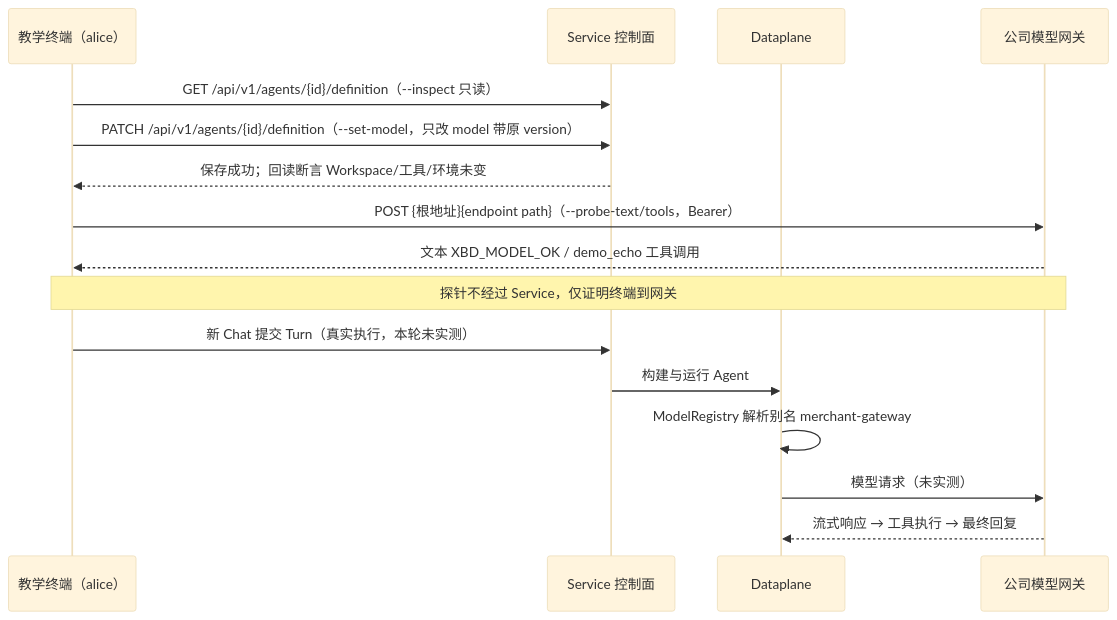
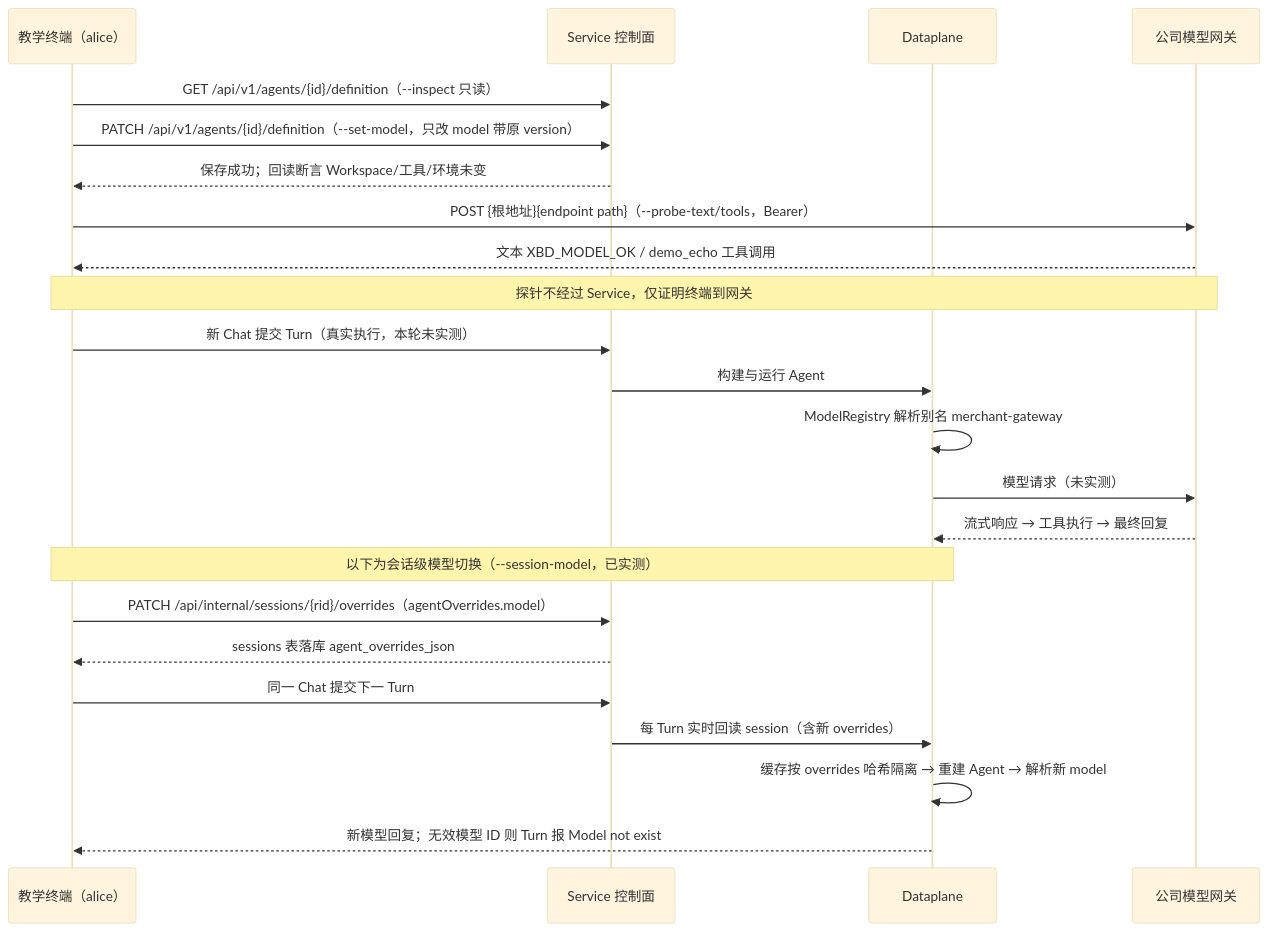
The diagram in demo/cross-border-commerce/steps/step-13-model-channel.md (ybak/agentscope-2.0-tutorial), drawn with Mermaid (base theme) before and after one commit. The commit also changed other lines of this file and 4 other files, not shown here.

````diff
--- a/demo/cross-border-commerce/steps/step-13-model-channel.md
+++ b/demo/cross-border-commerce/steps/step-13-model-channel.md
@@ -10,18 +10,25 @@
 ```mermaid
 sequenceDiagram
     participant T as 教学终端（alice）
     participant C as Service 控制面
     participant P as Dataplane
     participant G as 公司模型网关
     T->>C: GET /api/v1/agents/{id}/definition（--inspect 只读）
     T->>C: PATCH /api/v1/agents/{id}/definition（--set-model，只改 model 带原 version）
     C-->>T: 保存成功；回读断言 Workspace/工具/环境未变
     T->>G: POST {根地址}{endpoint path}（--probe-text/tools，Bearer）
     G-->>T: 文本 XBD_MODEL_OK / demo_echo 工具调用
     Note over T,G: 探针不经过 Service，仅证明终端到网关
     T->>C: 新 Chat 提交 Turn（真实执行，本轮未实测）
     C->>P: 构建与运行 Agent
     P->>P: ModelRegistry 解析别名 merchant-gateway
     P->>G: 模型请求（未实测）
     G-->>P: 流式响应 → 工具执行 → 最终回复
+    Note over T,P: 以下为会话级模型切换（--session-model，已实测）
+    T->>C: PATCH /api/internal/sessions/{rid}/overrides（agentOverrides.model）
+    C-->>T: sessions 表落库 agent_overrides_json
+    T->>C: 同一 Chat 提交下一 Turn
+    C->>P: 每 Turn 实时回读 session（含新 overrides）
+    P->>P: 缓存按 overrides 哈希隔离 → 重建 Agent → 解析新 model
+    P-->>T: 新模型回复；无效模型 ID 则 Turn 报 Model not exist
 ```
````
